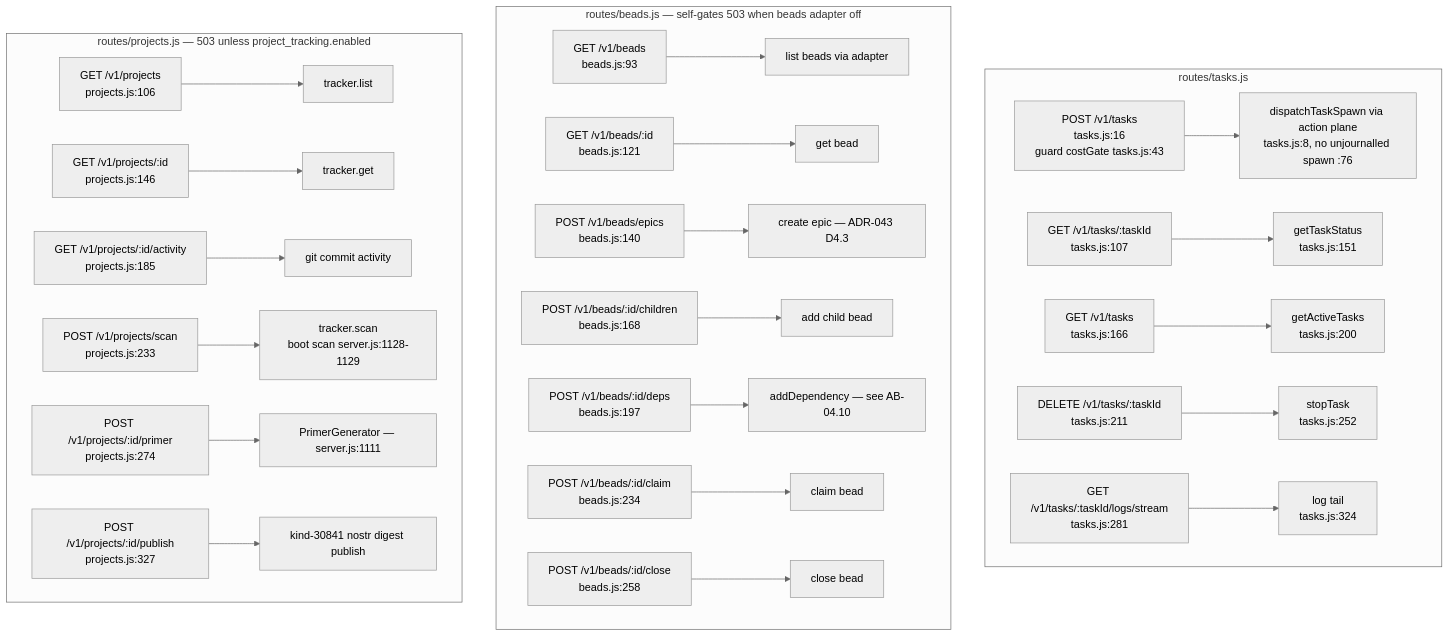
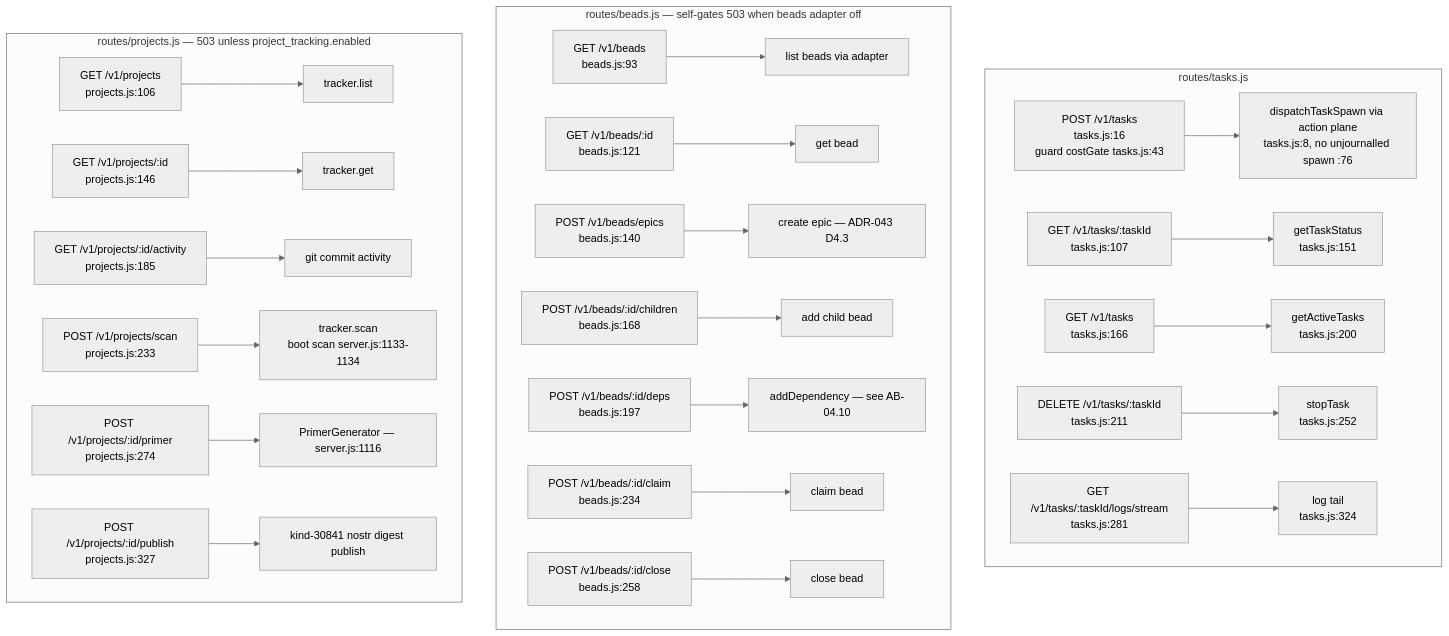
The seventh of 19 diagrams in docs/diagrams/agentbox/03-management-api-request-lifecycle.md (DreamLab-AI/VisionFlow), drawn with Mermaid (neutral theme) before and after one commit. The commit also changed other lines of this file and 18 other files, not shown here.

First line of the commit message:
docs(diagrams): freeze panels for fixed defects and add successors at the fix revisions

````diff
--- a/docs/diagrams/agentbox/03-management-api-request-lifecycle.md
+++ b/docs/diagrams/agentbox/03-management-api-request-lifecycle.md
@@ -321,27 +325,27 @@
 ```mermaid
 flowchart TD
     subgraph tasks["routes/tasks.js"]
         T1["POST /v1/tasks<br/>tasks.js:16<br/>guard costGate tasks.js:43"] --> TH1["dispatchTaskSpawn via action plane<br/>tasks.js:8, no unjournalled spawn :76"]
         T2["GET /v1/tasks/:taskId<br/>tasks.js:107"] --> TH2["getTaskStatus<br/>tasks.js:151"]
         T3["GET /v1/tasks<br/>tasks.js:166"] --> TH3["getActiveTasks<br/>tasks.js:200"]
         T4["DELETE /v1/tasks/:taskId<br/>tasks.js:211"] --> TH4["stopTask<br/>tasks.js:252"]
         T5["GET /v1/tasks/:taskId/logs/stream<br/>tasks.js:281"] --> TH5["log tail<br/>tasks.js:324"]
     end
     subgraph beads["routes/beads.js — self-gates 503 when beads adapter off"]
         B1["GET /v1/beads<br/>beads.js:93"] --> BH1["list beads via adapter"]
         B2["GET /v1/beads/:id<br/>beads.js:121"] --> BH2["get bead"]
         B3["POST /v1/beads/epics<br/>beads.js:140"] --> BH3["create epic — ADR-043 D4.3"]
         B4["POST /v1/beads/:id/children<br/>beads.js:168"] --> BH4["add child bead"]
         B5["POST /v1/beads/:id/deps<br/>beads.js:197"] --> BH5["addDependency — see AB-04.10"]
         B6["POST /v1/beads/:id/claim<br/>beads.js:234"] --> BH6["claim bead"]
         B7["POST /v1/beads/:id/close<br/>beads.js:258"] --> BH7["close bead"]
     end
     subgraph projects["routes/projects.js — 503 unless project_tracking.enabled"]
         P1["GET /v1/projects<br/>projects.js:106"] --> PH1["tracker.list"]
         P2["GET /v1/projects/:id<br/>projects.js:146"] --> PH2["tracker.get"]
         P3["GET /v1/projects/:id/activity<br/>projects.js:185"] --> PH3["git commit activity"]
-        P4["POST /v1/projects/scan<br/>projects.js:233"] --> PH4["tracker.scan<br/>boot scan server.js:1128-1129"]
-        P5["POST /v1/projects/:id/primer<br/>projects.js:274"] --> PH5["PrimerGenerator — server.js:1111"]
+        P4["POST /v1/projects/scan<br/>projects.js:233"] --> PH4["tracker.scan<br/>boot scan server.js:1133-1134"]
+        P5["POST /v1/projects/:id/primer<br/>projects.js:274"] --> PH5["PrimerGenerator — server.js:1116"]
         P6["POST /v1/projects/:id/publish<br/>projects.js:327"] --> PH6["kind-30841 nostr digest publish"]
     end
 ```
````
